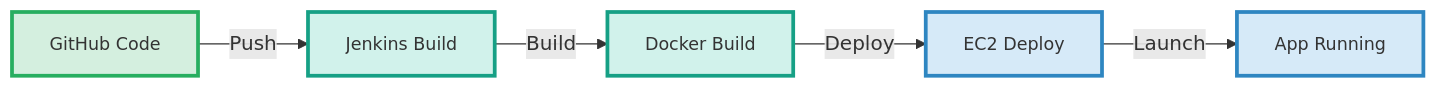
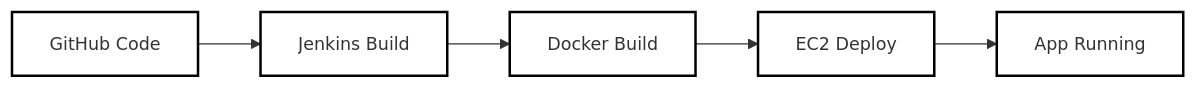
The third of 4 diagrams in README.md (agrimasharma031/two-tier-flask-app), drawn with Mermaid before and after one commit. The commit also changed other lines of this file, not shown here.

````diff
--- a/README.md
+++ b/README.md
@@ -56,18 +56,15 @@
 ```mermaid
 graph LR
-    classDef defaultStyle stroke-width:3px,font-size:14px;
-    classDef sourceStyle fill:#D4EFDF,stroke:#27AE60,stroke-width:3px,font-size:14px;
-    classDef buildStyle fill:#D1F2EB,stroke:#16A085,stroke-width:3px,font-size:14px;
-    classDef deployStyle fill:#D6EAF8,stroke:#2E86C1,stroke-width:3px,font-size:14px;
+    classDef default fill:#fff,stroke:#000,stroke-width:2px,font-size:14px;
 
-    A[GitHub Code]:::sourceStyle
-    B[Jenkins Build]:::buildStyle
-    C[Docker Build]:::buildStyle
-    D[EC2 Deploy]:::deployStyle
-    E[App Running]:::deployStyle
+    A[GitHub Code]
+    B[Jenkins Build]
+    C[Docker Build]
+    D[EC2 Deploy]
+    E[App Running]
 
-    A -->|Push| B
-    B -->|Build| C
-    C -->|Deploy| D
-    D -->|Launch| E
+    A --> B
+    B --> C
+    C --> D
+    D --> E
 ```
````
